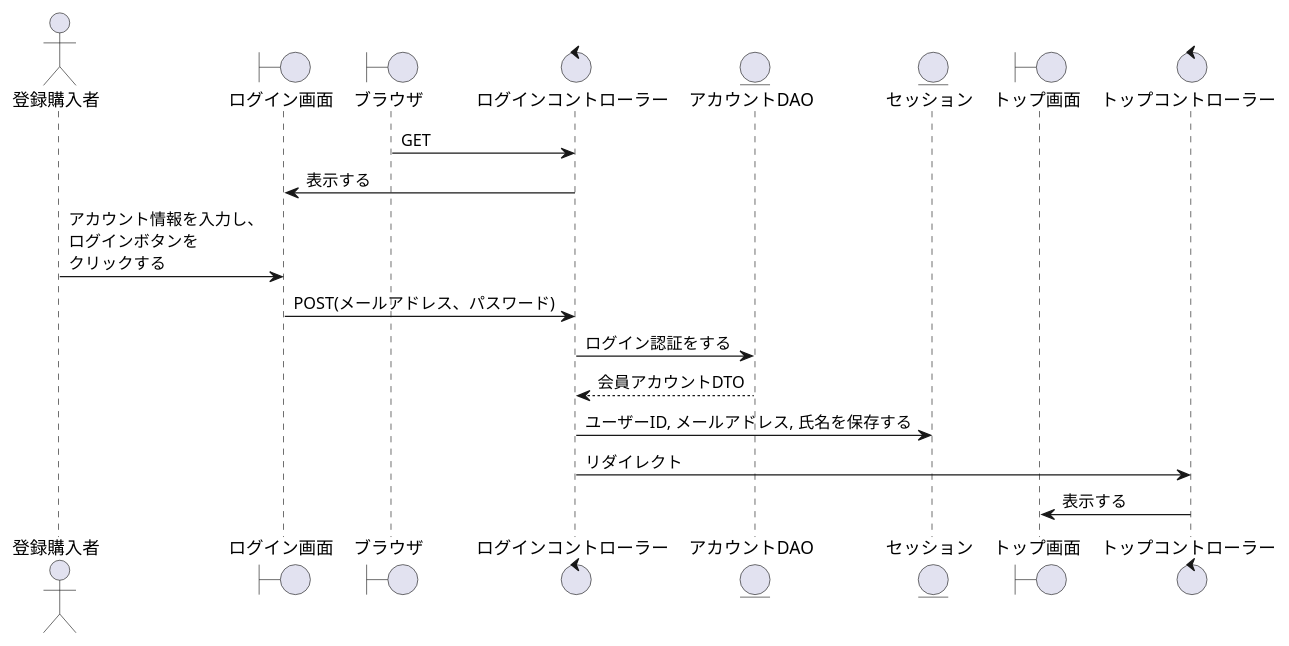
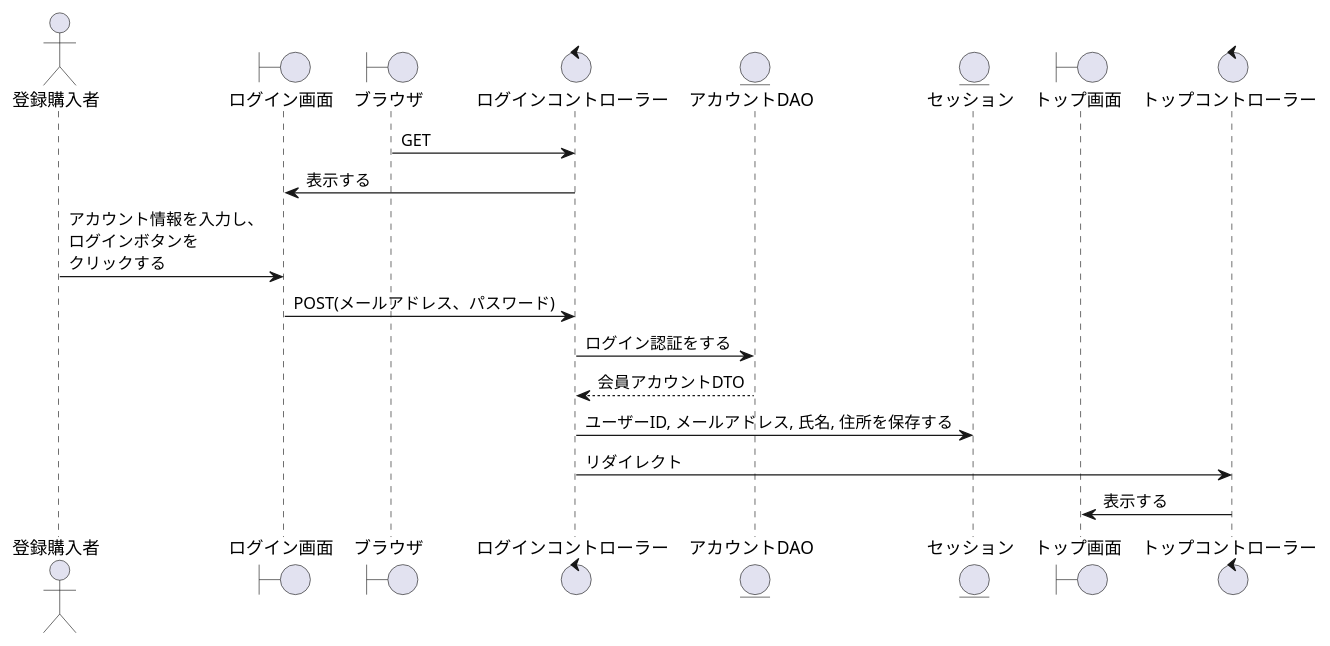
One commit to SK-B-S/PJ changed the diagram in PJ_シーケンス/購入者/ログイン.wsd. Above: the diagram before and after it, drawn with PlantUML. The commit also changed 4 other files, not shown here.

```diff
--- a/PJ_シーケンス/購入者/ログイン.wsd
+++ b/PJ_シーケンス/購入者/ログイン.wsd
@@ -1,23 +1,23 @@
 @startuml ログイン
 
 actor    "登録購入者" as act
 boundary "ログイン画面" as Login
 boundary "ブラウザ" as brz
 control  "ログインコントローラー" as Approval_c
 entity   "アカウントDAO" as Account
 entity   "セッション" as sessyon
 boundary "トップ画面" as Top
 control  "トップコントローラー" as Completion_c
 
 '-------------------------------------------------------------------------------------------
 
 brz -> Approval_c : GET
 Login <- Approval_c : 表示する
 act -> Login : アカウント情報を入力し、\nログインボタンを\nクリックする
 Login -> Approval_c : POST(メールアドレス、パスワード)
 Approval_c -> Account : ログイン認証をする
 Approval_c <-- Account : 会員アカウントDTO
-Approval_c -> sessyon : ユーザーID, メールアドレス, 氏名を保存する
+Approval_c -> sessyon : ユーザーID, メールアドレス, 氏名, 住所を保存する
 Approval_c -> Completion_c : リダイレクト
 Completion_c -> Top : 表示する
 @enduml
```
